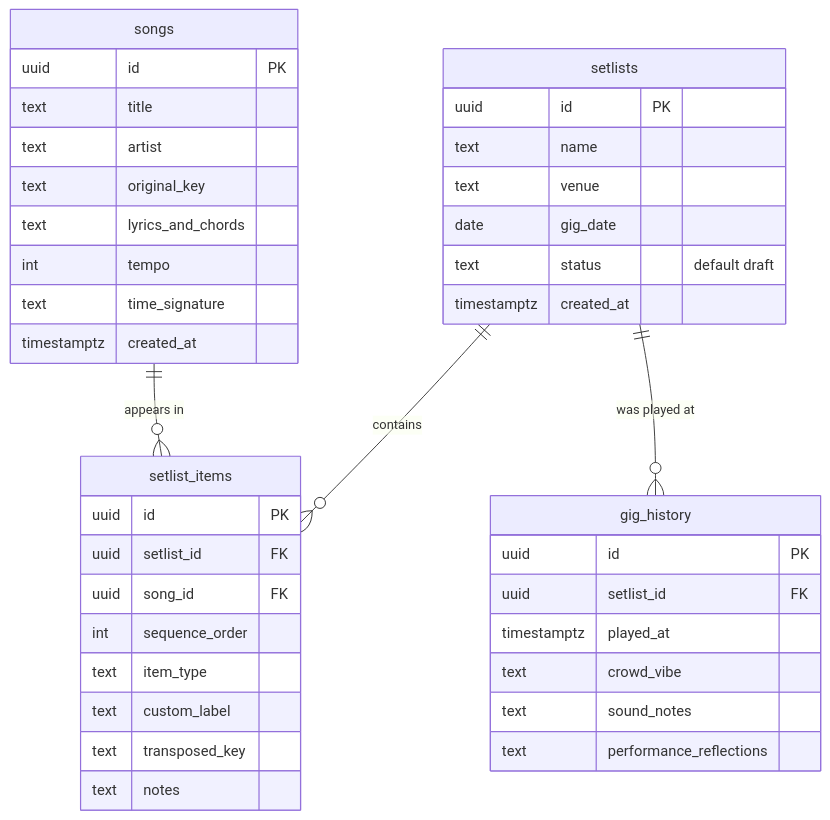
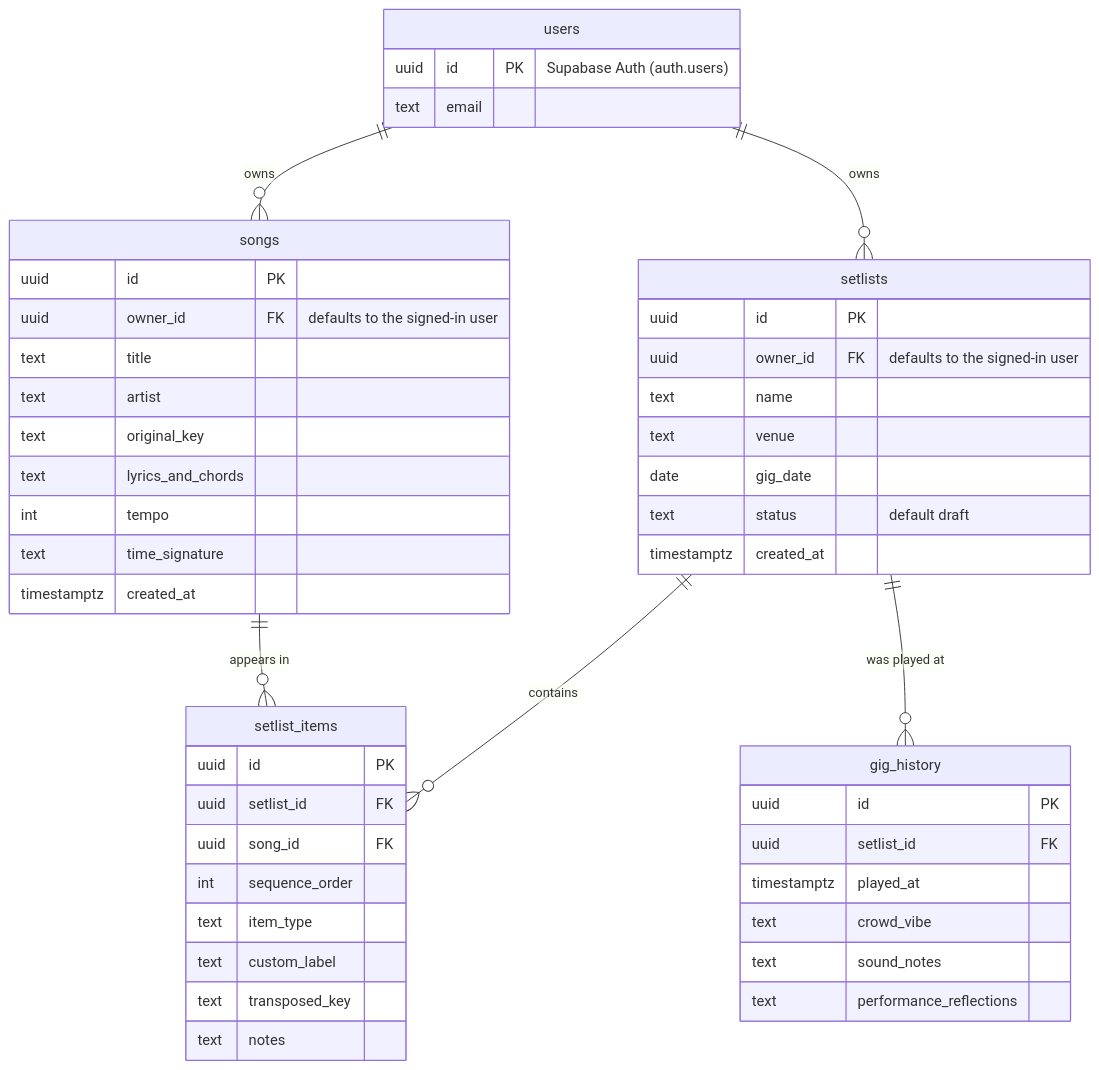
The second of 2 diagrams in docs/architecture.md (tomcat-9976/GigRocker), drawn with Mermaid before and after one commit. The commit also changed other lines of this file and 2 other files, not shown here.

Commit message:
Document record ownership
docs/architecture.md: the data model diagram shows users owning songs
and setlists; notes explain owner_id and that ownership isn't enforced
until login (step B).
docs/database.md: migration history row; the tests section describes
the new ownership tests.
CHANGELOG: PR #8 entry, including the by-hand release steps per
environment (account, sign-ups off, assign existing rows, remove test
songs in production).

Claude-Session: https://claude.ai/code/session_019fuMTaFktjHpdRXBh3BdGc

````diff
--- a/docs/architecture.md
+++ b/docs/architecture.md
@@ -48,43 +48,51 @@
 ```mermaid
 erDiagram
+    users ||--o{ songs : "owns"
+    users ||--o{ setlists : "owns"
     songs ||--o{ setlist_items : "appears in"
     setlists ||--o{ setlist_items : "contains"
     setlists ||--o{ gig_history : "was played at"
 
+    users {
+        uuid id PK "Supabase Auth (auth.users)"
+        text email
+    }
     songs {
         uuid id PK
+        uuid owner_id FK "defaults to the signed-in user"
         text title
         text artist
         text original_key
         text lyrics_and_chords
         int tempo
         text time_signature
         timestamptz created_at
     }
     setlists {
         uuid id PK
+        uuid owner_id FK "defaults to the signed-in user"
         text name
         text venue
         date gig_date
         text status "default draft"
         timestamptz created_at
     }
     setlist_items {
         uuid id PK
         uuid setlist_id FK
         uuid song_id FK
         int sequence_order
         text item_type
         text custom_label
         text transposed_key
         text notes
     }
     gig_history {
         uuid id PK
         uuid setlist_id FK
         timestamptz played_at
         text crowd_vibe
         text sound_notes
         text performance_reflections
     }
 ```
````
